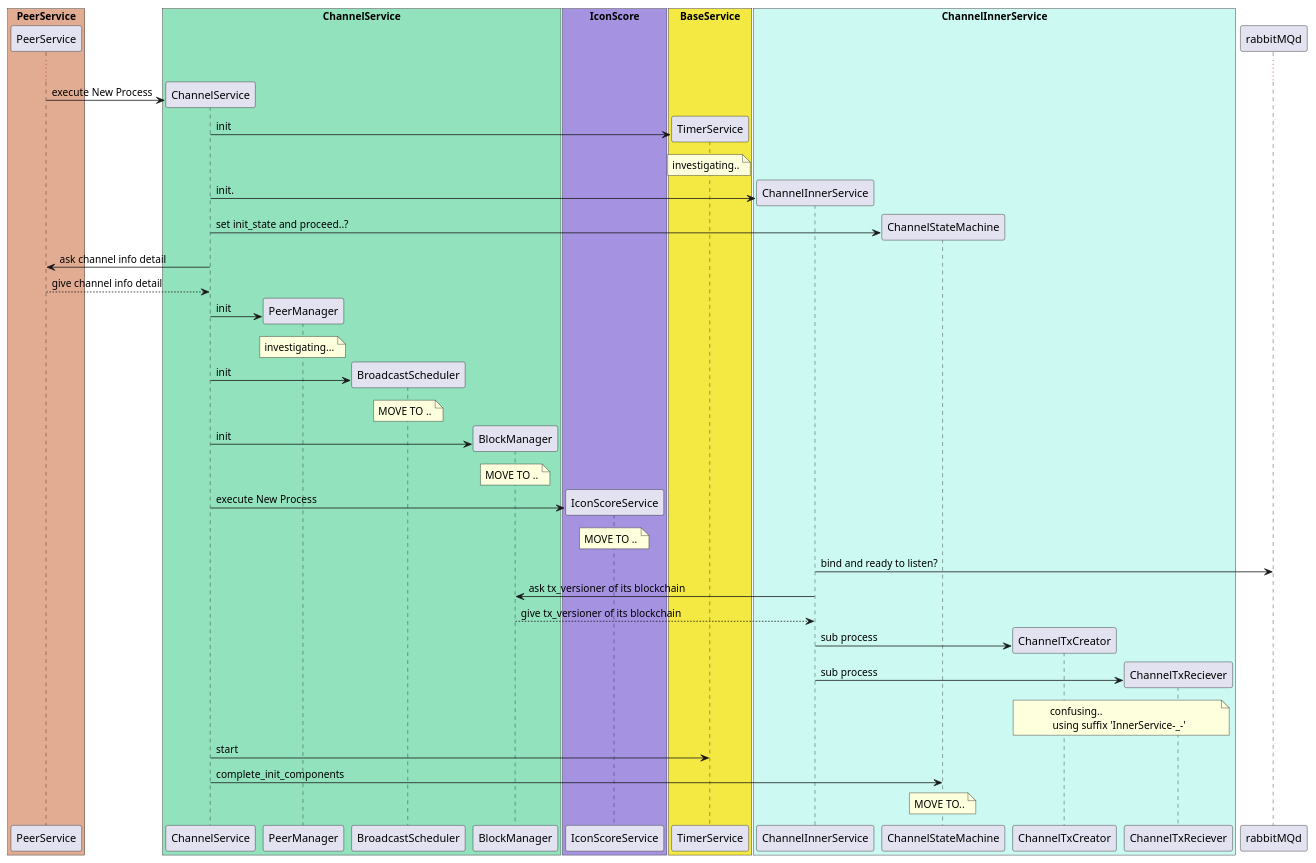
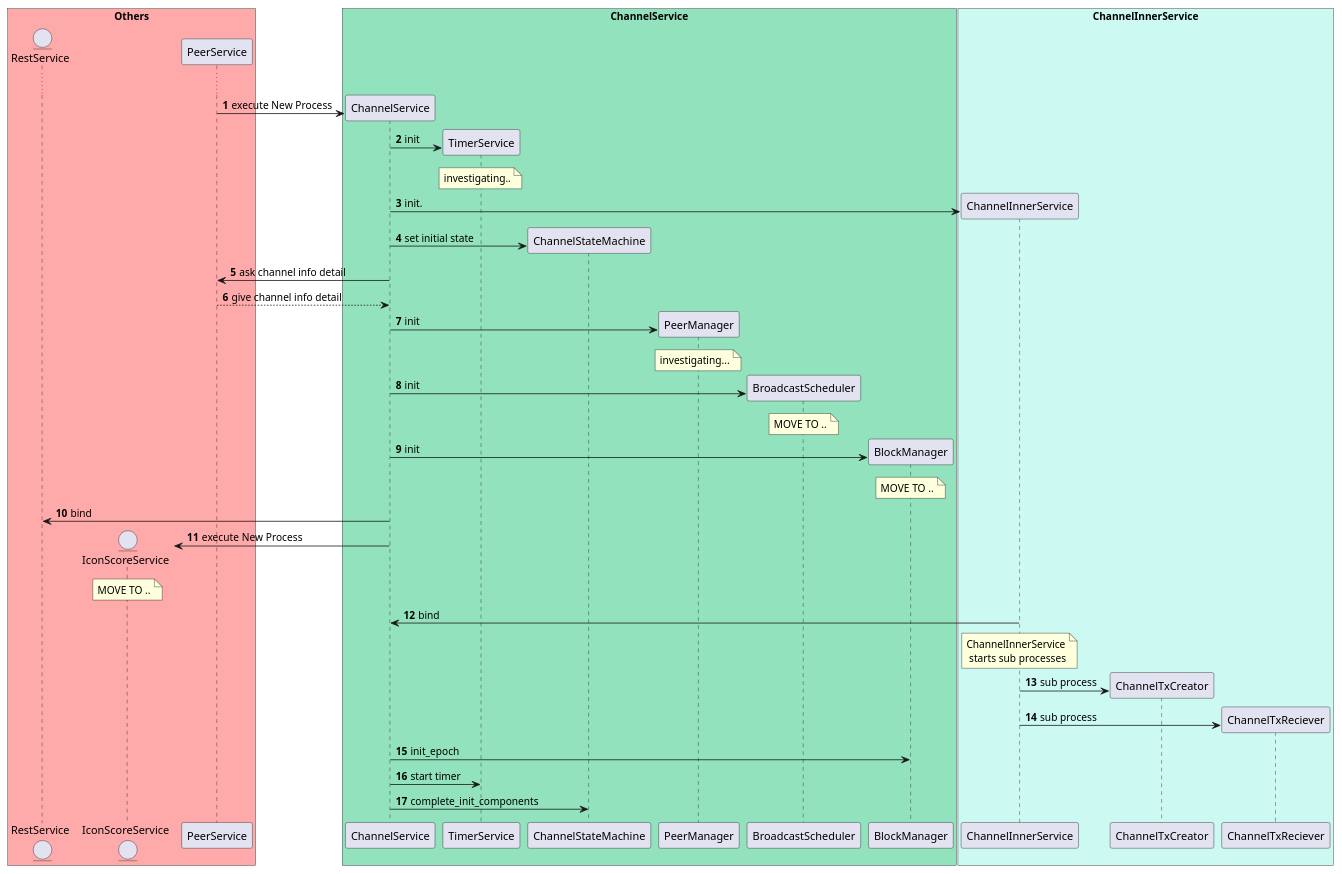
Before and after one commit to metalg0su/studies: the diagram in diagrams/processes/channel/channel-summary.puml, drawn with PlantUML. The commit also changed other lines of this file, not shown here.

First line of the commit message:
[feature/process] close #109 channel summary

```diff
--- a/diagrams/processes/channel/channel-summary.puml
+++ b/diagrams/processes/channel/channel-summary.puml
@@ -81,82 +1,83 @@
 @startuml
+autonumber
 
-box "PeerService" #e2ac93
+' Groupping =========
+
+box "Others" #ffaaaa
+    entity RestService
+    entity IconScoreService
     participant PeerService
 end box
 
 box "ChannelService" #93e2be
-    participant ChannelService 
-    participant PeerManager 
+    participant ChannelService
+    participant TimerService
+    participant ChannelStateMachine
+    participant PeerManager
     ' participant Signer
-    participant BroadcastScheduler 
-    participant BlockManager 
+    participant BroadcastScheduler
+    participant BlockManager
     ' participant NodeSubscriber
 end box
 
-box "IconScore" #a593e2
-    participant IconScoreService
-end box
-
-box "BaseService" #f4e842 
-    participant TimerService
-end box 
 
 box "ChannelInnerService" #ccf9f2
     participant ChannelInnerService
-    participant ChannelStateMachine
     participant ChannelTxCreator
     participant ChannelTxReciever
-end box 
+end box
 
+' Start diagram =========
 create ChannelService
 ...
 PeerService -> ChannelService: execute New Process
 
 '---------- CHANNEL START 
 create TimerService
 ChannelService -> TimerService: init
 note over TimerService: investigating..
 create ChannelInnerService
 ChannelService -> ChannelInnerService: init.
 create ChannelStateMachine
-ChannelService -> ChannelStateMachine: set init_state and proceed..?
+ChannelService -> ChannelStateMachine: set initial state
 ChannelService -> PeerService: ask channel info detail
 PeerService --> ChannelService: give channel info detail
 
 '---------- initialize channel by detailed info
 create PeerManager
 ChannelService -> PeerManager: init
 note over PeerManager: investigating...
 
 ' BroadcastScheduler
 create BroadcastScheduler
 ChannelService -> BroadcastScheduler: init
 note over BroadcastScheduler: MOVE TO ..
 
 ' BlockManager
 create BlockManager
 ChannelService -> BlockManager: init 
 note over BlockManager: MOVE TO ..
 
+ChannelService -> RestService: bind
+
 '---------- SCORE-A
 create IconScoreService 
 ChannelService -> IconScoreService: execute New Process
 note over IconScoreService: MOVE TO ..
 '---------- SCORE-Z
 
-ChannelInnerService -> rabbitMQd: bind and ready to listen?
-ChannelInnerService -> BlockManager: ask tx_versioner of its blockchain
-BlockManager --> ChannelInnerService: give tx_versioner of its blockchain
+ChannelInnerService -> ChannelService: bind
 
 '---------- Initialize Sub ServiceS 
+note over ChannelInnerService: ChannelInnerService\n starts sub processes
 create ChannelTxCreator
 ChannelInnerService -> ChannelTxCreator: sub process 
 create ChannelTxReciever
 ChannelInnerService -> ChannelTxReciever: sub process
-note over ChannelTxCreator, ChannelTxReciever: confusing..\n using suffix 'InnerService-_-' 
+ChannelService -> BlockManager: init_epoch
 
-'---------- finallei~ 
-ChannelService -> TimerService: start
+'---------- finallei~
+ChannelService -> TimerService: start timer
 ChannelService -> ChannelStateMachine: complete_init_components
-note over ChannelStateMachine: MOVE TO..
+
 @enduml
```
